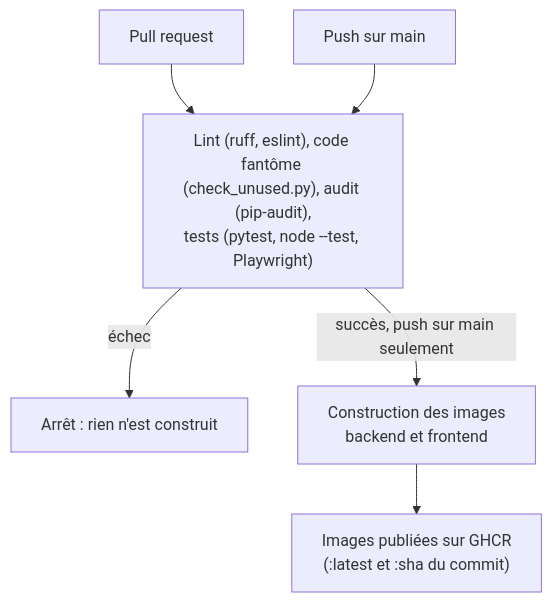
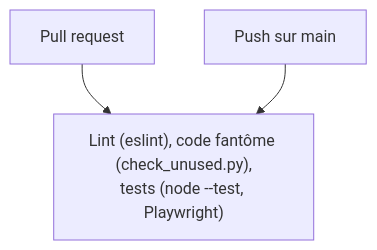
One commit to pazpop/arcadepipe changed the diagram in docs/deploiement.md. Above: the diagram before and after it, drawn with Mermaid. The commit also changed other lines of this file and 56 other files, not shown here.

````diff
--- a/docs/deploiement.md
+++ b/docs/deploiement.md
@@ -24,9 +18,6 @@
 ```mermaid
 flowchart TD
     PR["Pull request"] --> checks
     push["Push sur main"] --> checks
-    checks["Lint (ruff, eslint), code fantôme (check_unused.py), audit (pip-audit),<br/>tests (pytest, node --test, Playwright)"]
-    checks -->|échec| stop["Arrêt : rien n'est construit"]
-    checks -->|"succès, push sur main seulement"| build["Construction des images<br/>backend et frontend"]
-    build --> ghcr["Images publiées sur GHCR<br/>(:latest et :sha du commit)"]
+    checks["Lint (eslint), code fantôme (check_unused.py),<br/>tests (node --test, Playwright)"]
 ```
````
